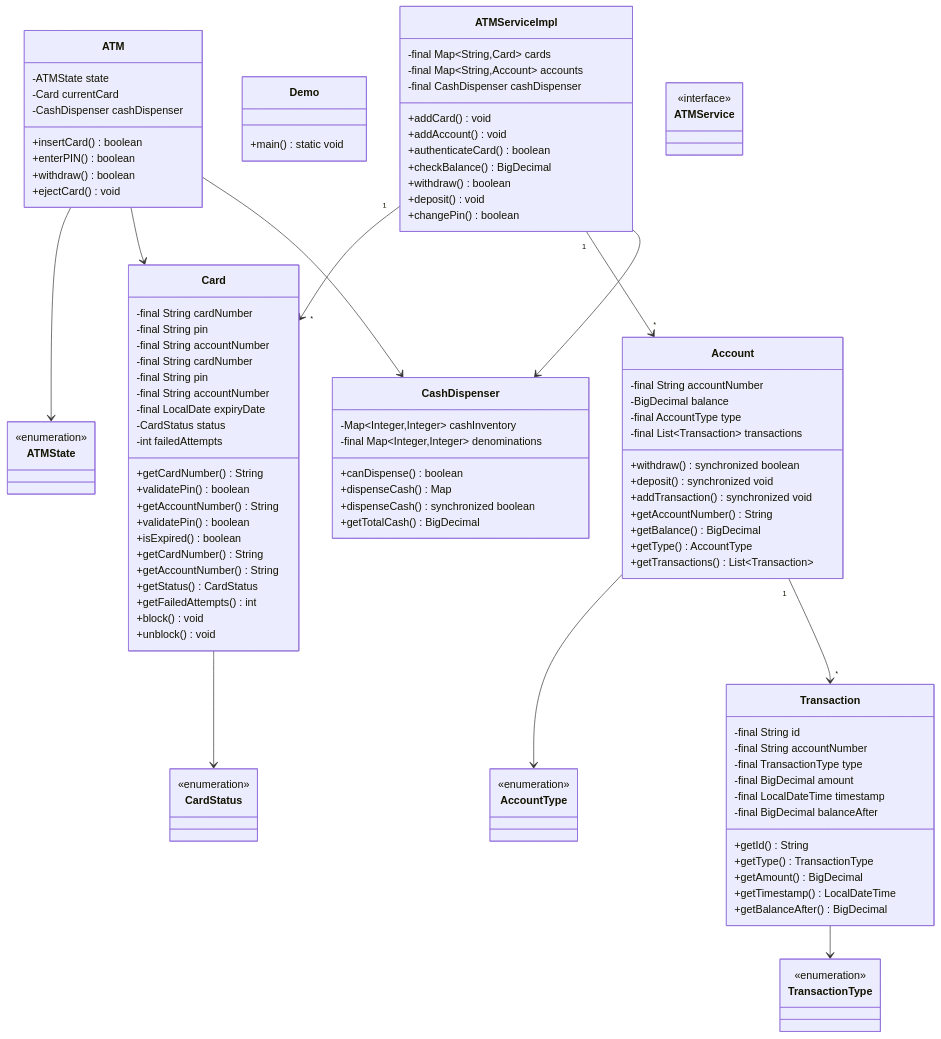
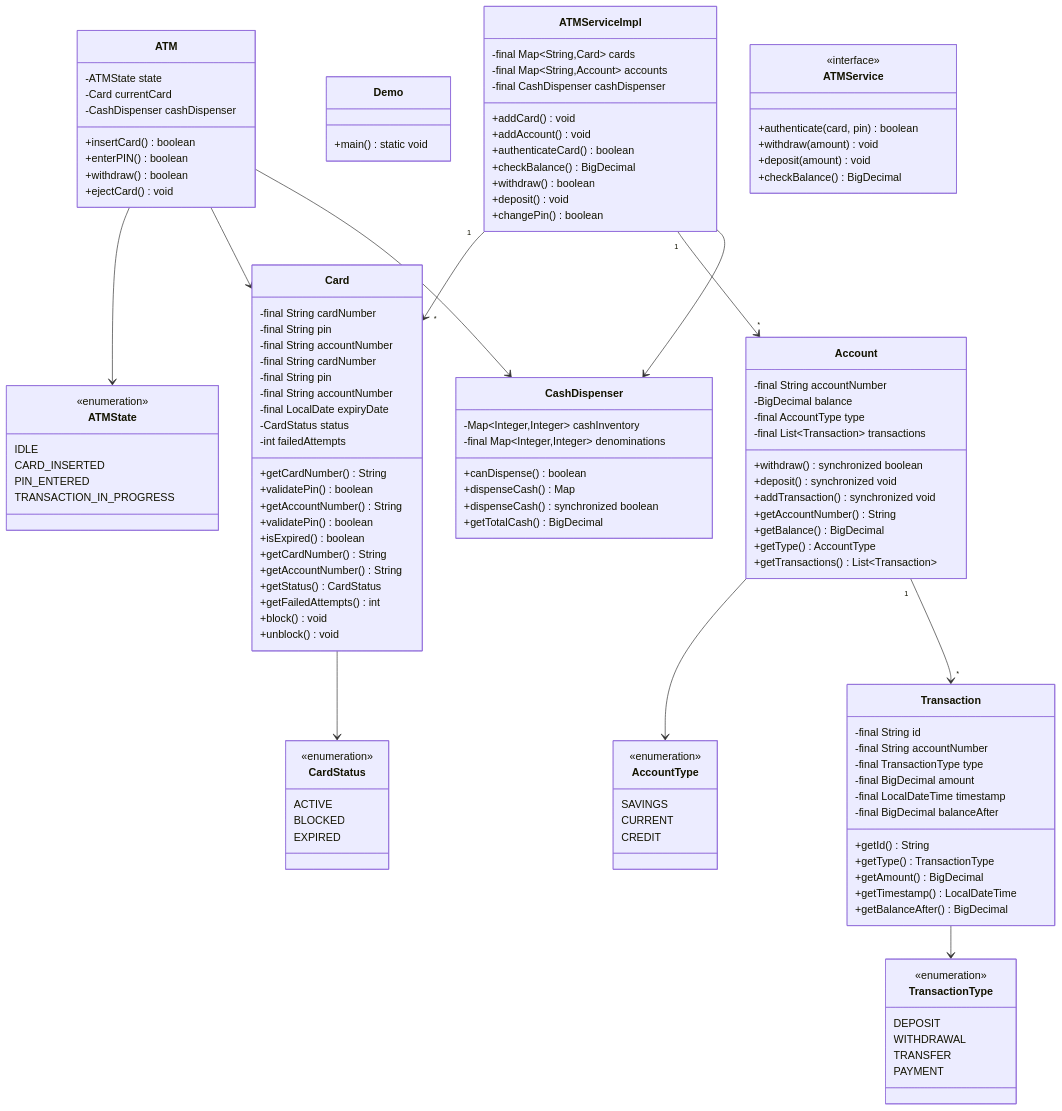
One commit to dlkr18/lld-playbook changed the diagram in docs/problems/atm/README.md. Above: the diagram before and after it, drawn with Mermaid. The commit also changed 95 other files, not shown here.

```diff
--- a/docs/problems/atm/README.md
+++ b/docs/problems/atm/README.md
@@ -137,8 +137,13 @@
         +ejectCard() void
     }
 
-    class ATMState
-    <<enumeration>> ATMState
+    class ATMState {
+        <<enumeration>>
+        IDLE
+        CARD_INSERTED
+        PIN_ENTERED
+        TRANSACTION_IN_PROGRESS
+    }
 
     class Demo {
         +main() static void
@@ -174,8 +179,12 @@
         +unblock() void
     }
 
-    class CardStatus
-    <<enumeration>> CardStatus
+    class CardStatus {
+        <<enumeration>>
+        ACTIVE
+        BLOCKED
+        EXPIRED
+    }
 
     class CashDispenser {
         -final Map~Integer,Integer~ denominations
@@ -197,11 +206,20 @@
         +getTransactions() List~Transaction~
     }
 
-    class AccountType
-    <<enumeration>> AccountType
+    class AccountType {
+        <<enumeration>>
+        SAVINGS
+        CURRENT
+        CREDIT
+    }
 
-    class TransactionType
-    <<enumeration>> TransactionType
+    class TransactionType {
+        <<enumeration>>
+        DEPOSIT
+        WITHDRAWAL
+        TRANSFER
+        PAYMENT
+    }
 
     class Transaction {
         -final String id
@@ -217,8 +235,13 @@
         +getBalanceAfter() BigDecimal
     }
 
-    class ATMService
-    <<interface>> ATMService
+    class ATMService {
+        <<interface>>
+        +authenticate(card, pin) boolean
+        +withdraw(amount) void
+        +deposit(amount) void
+        +checkBalance() BigDecimal
+    }
 
     Transaction --> TransactionType
     Card --> CardStatus
```
